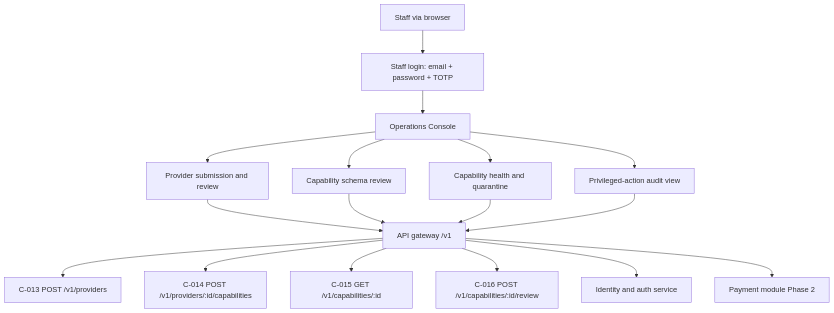
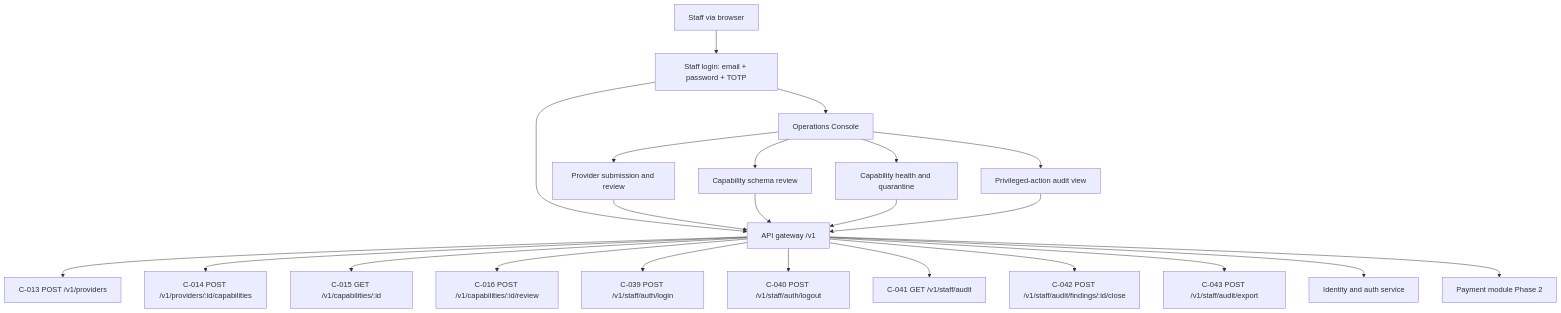
The diagram in Sabi/operations-console.md (vanguard-op/sabi-docs), drawn with Mermaid before and after one commit. The commit also changed other lines of this file and 2 other files, not shown here.

Commit message:
docs(sabi): add console entities and cite frozen staff-auth and audit contracts

````diff
--- a/Sabi/operations-console.md
+++ b/Sabi/operations-console.md
@@ -158,19 +158,25 @@
 ```mermaid
 graph TD
     Staff[Staff via browser] --> Login[Staff login: email + password + TOTP]
     Login --> Console[Operations Console]
     Console --> Providers[Provider submission and review]
     Console --> Schema[Capability schema review]
     Console --> Health[Capability health and quarantine]
     Console --> Audit[Privileged-action audit view]
-    Providers --> API[API gateway /v1]
+    Login --> API[API gateway /v1]
+    Providers --> API
     Schema --> API
     Health --> API
     Audit --> API
     API --> C013[C-013 POST /v1/providers]
     API --> C014[C-014 POST /v1/providers/:id/capabilities]
     API --> C015[C-015 GET /v1/capabilities/:id]
     API --> C016[C-016 POST /v1/capabilities/:id/review]
+    API --> C039[C-039 POST /v1/staff/auth/login]
+    API --> C040[C-040 POST /v1/staff/auth/logout]
+    API --> C041[C-041 GET /v1/staff/audit]
+    API --> C042[C-042 POST /v1/staff/audit/findings/:id/close]
+    API --> C043[C-043 POST /v1/staff/audit/export]
     API --> AuthSvc[Identity and auth service]
     API --> PayPhase2[Payment module Phase 2]
 ```
````
